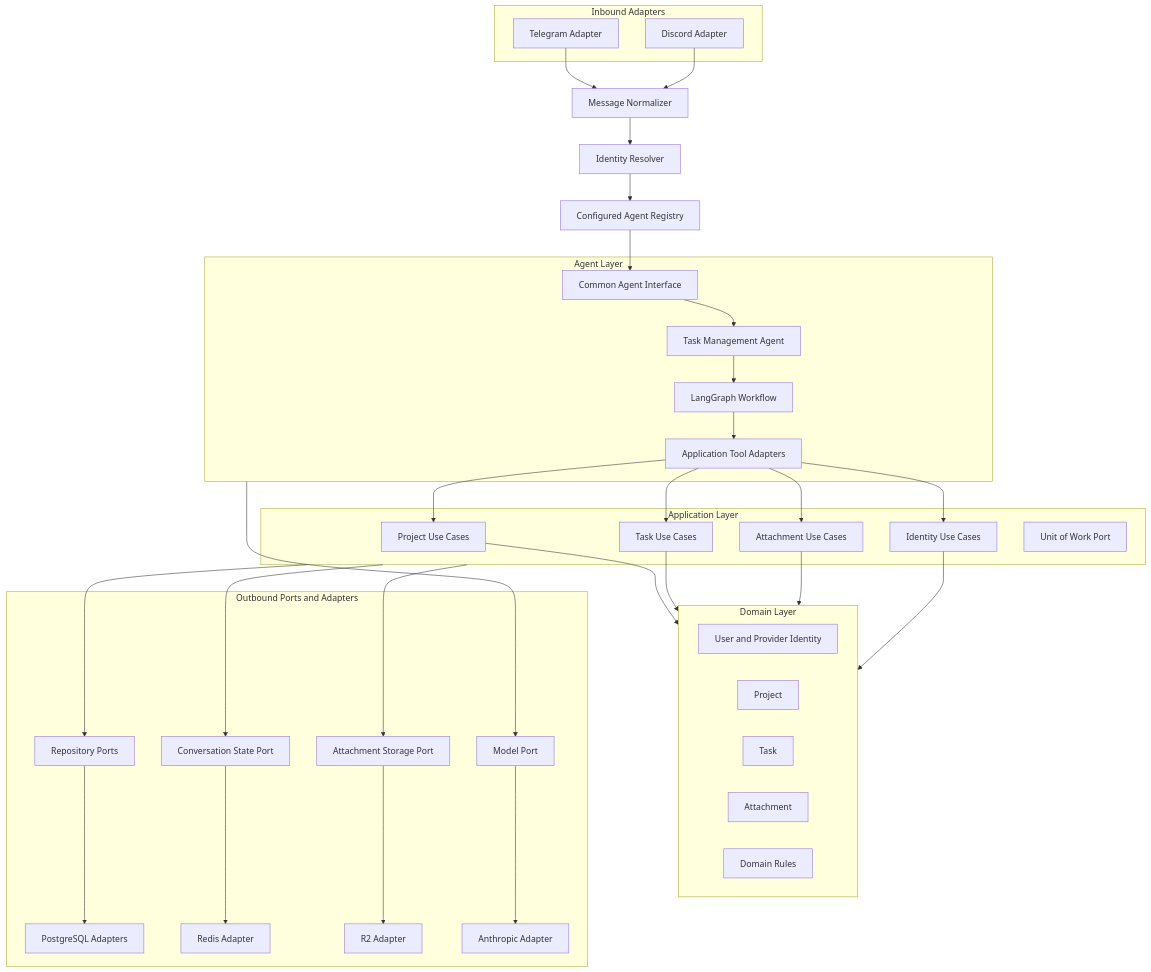
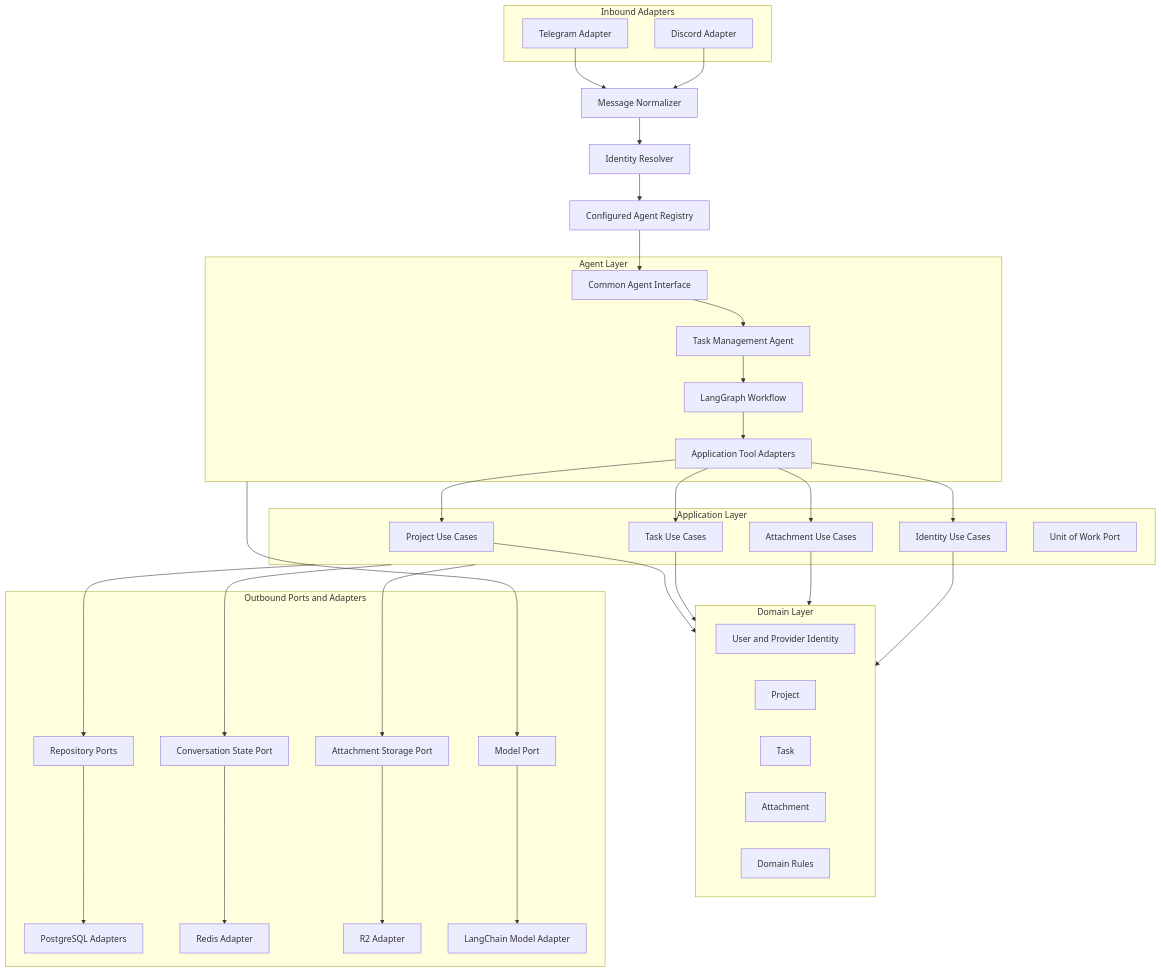
Before and after one commit to orangeMangoDimz/mango-agent: the third of 9 diagrams in docs/SYSTEM_DESIGN.md, drawn with Mermaid. The commit also changed other lines of this file and 17 other files, not shown here.

First line of the commit message:
refactor: route model calls through LangChain

````diff
--- a/docs/SYSTEM_DESIGN.md
+++ b/docs/SYSTEM_DESIGN.md
@@ -259,72 +259,72 @@
 ```mermaid
 flowchart TB
     subgraph Adapters[Inbound Adapters]
         TelegramAdapter[Telegram Adapter]
         DiscordAdapter[Discord Adapter]
     end
 
     Normalizer[Message Normalizer]
     Identity[Identity Resolver]
     Registry[Configured Agent Registry]
 
     subgraph AgentLayer[Agent Layer]
         AgentPort[Common Agent Interface]
         TaskAgent[Task Management Agent]
         Graph[LangGraph Workflow]
         Tools[Application Tool Adapters]
     end
 
     subgraph AppLayer[Application Layer]
         ProjectUC[Project Use Cases]
         TaskUC[Task Use Cases]
         AttachmentUC[Attachment Use Cases]
         IdentityUC[Identity Use Cases]
         UoW[Unit of Work Port]
     end
 
     subgraph Domain[Domain Layer]
         UserDomain[User and Provider Identity]
         ProjectDomain[Project]
         TaskDomain[Task]
         AttachmentDomain[Attachment]
         Rules[Domain Rules]
     end
 
     subgraph Outbound[Outbound Ports and Adapters]
         RepoPorts[Repository Ports]
         StatePort[Conversation State Port]
         StoragePort[Attachment Storage Port]
         ModelPort[Model Port]
         PgAdapter[PostgreSQL Adapters]
         RedisAdapter[Redis Adapter]
         R2Adapter[R2 Adapter]
-        AnthropicAdapter[Anthropic Adapter]
+        LangChainAdapter[LangChain Model Adapter]
     end
 
     TelegramAdapter --> Normalizer
     DiscordAdapter --> Normalizer
     Normalizer --> Identity
     Identity --> Registry
     Registry --> AgentPort
     AgentPort --> TaskAgent
     TaskAgent --> Graph
     Graph --> Tools
     Tools --> ProjectUC
     Tools --> TaskUC
     Tools --> AttachmentUC
     Tools --> IdentityUC
 
     ProjectUC --> Domain
     TaskUC --> Domain
     AttachmentUC --> Domain
     IdentityUC --> Domain
     AppLayer --> RepoPorts
     AppLayer --> StatePort
     AppLayer --> StoragePort
     AgentLayer --> ModelPort
 
     RepoPorts --> PgAdapter
     StatePort --> RedisAdapter
     StoragePort --> R2Adapter
-    ModelPort --> AnthropicAdapter
+    ModelPort --> LangChainAdapter
 ```
````
